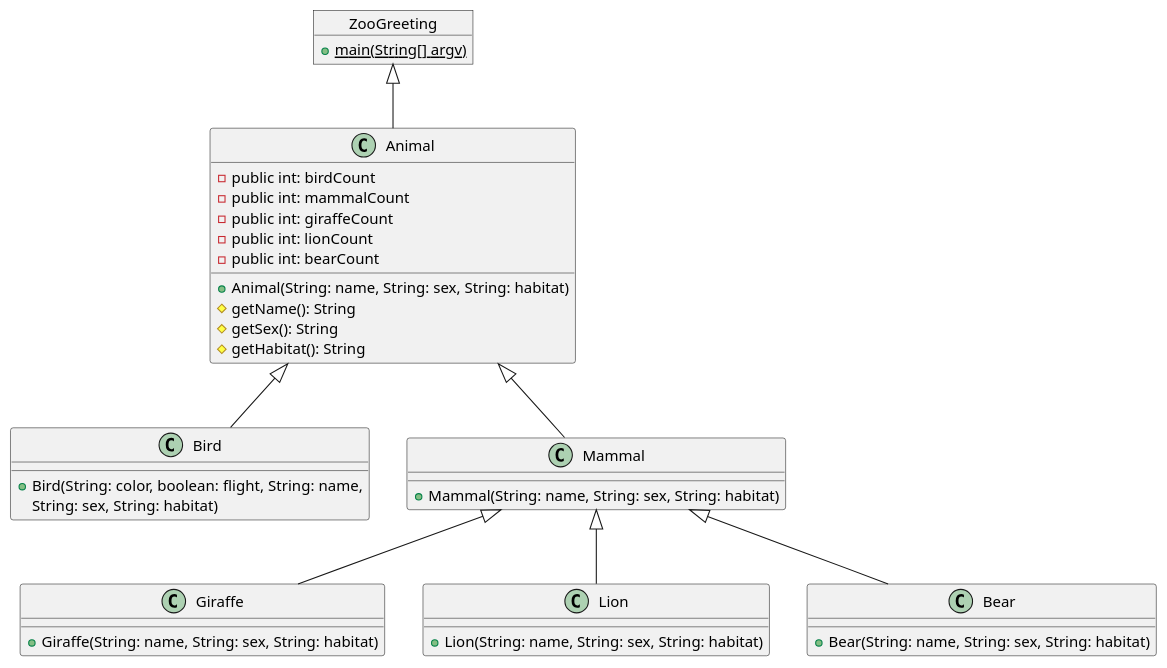
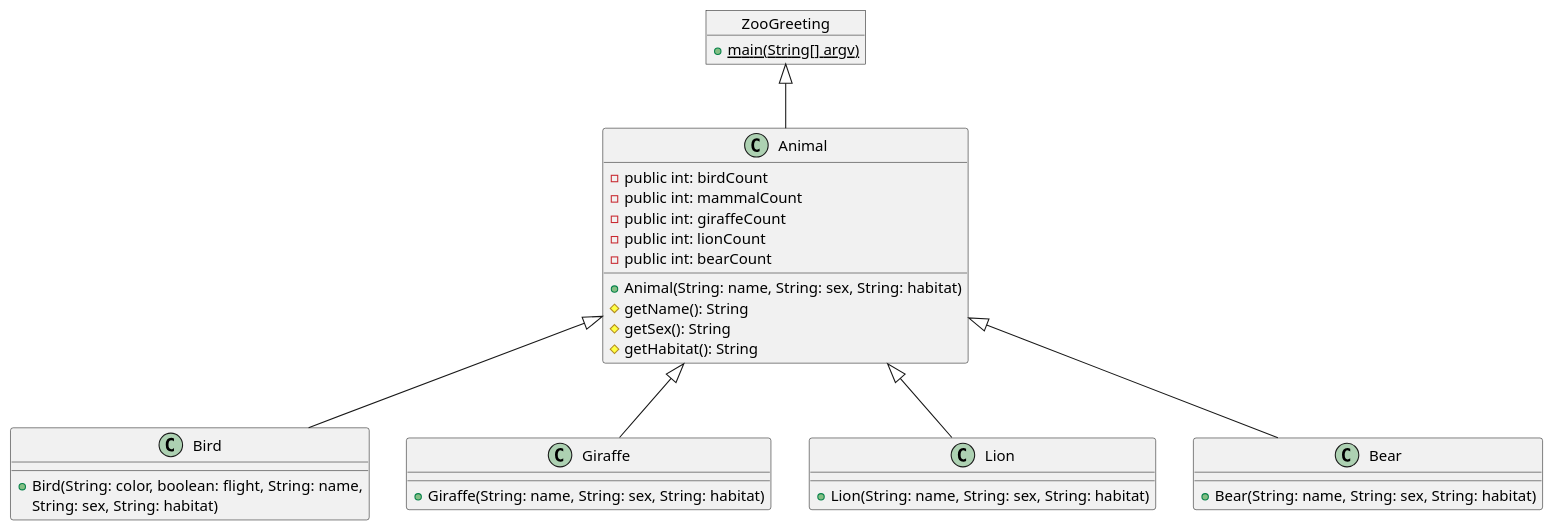
One commit to Dylon-Jaynes/ZooProject changed the diagram in src/ZooProject.puml. Above: the diagram before and after it, drawn with PlantUML. The commit also changed 10 other files, not shown here.

```diff
--- a/src/ZooProject.puml
+++ b/src/ZooProject.puml
@@ -1,39 +1,35 @@
 @startuml
 
 object ZooGreeting {
     + main(String[] argv) {static}
 }
 
 class Animal extends ZooGreeting {
     - public int: birdCount
     - public int: mammalCount
     - public int: giraffeCount
     - public int: lionCount
     - public int: bearCount
     + Animal(String: name, String: sex, String: habitat)
     # getName(): String
     # getSex(): String
     # getHabitat(): String
 }
 
 class Bird extends Animal {
     + Bird(String: color, boolean: flight, String: name,
       String: sex, String: habitat)
 }
 
-class Mammal extends Animal {
-    + Mammal(String: name, String: sex, String: habitat)
-}
-
-class Giraffe extends Mammal {
+class Giraffe extends Animal {
     + Giraffe(String: name, String: sex, String: habitat)
 }
 
-class Lion extends Mammal {
+class Lion extends Animal {
     + Lion(String: name, String: sex, String: habitat)
 }
 
-class Bear extends Mammal {
+class Bear extends Animal {
     + Bear(String: name, String: sex, String: habitat)
 }
 @enduml
```
